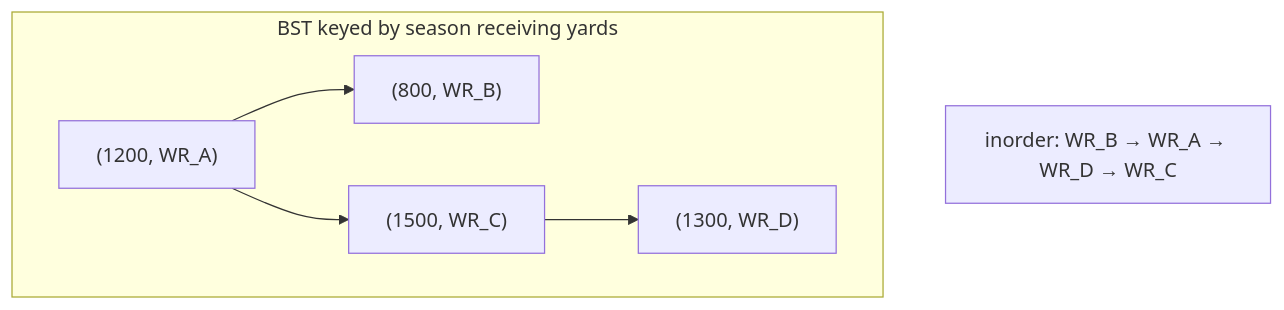
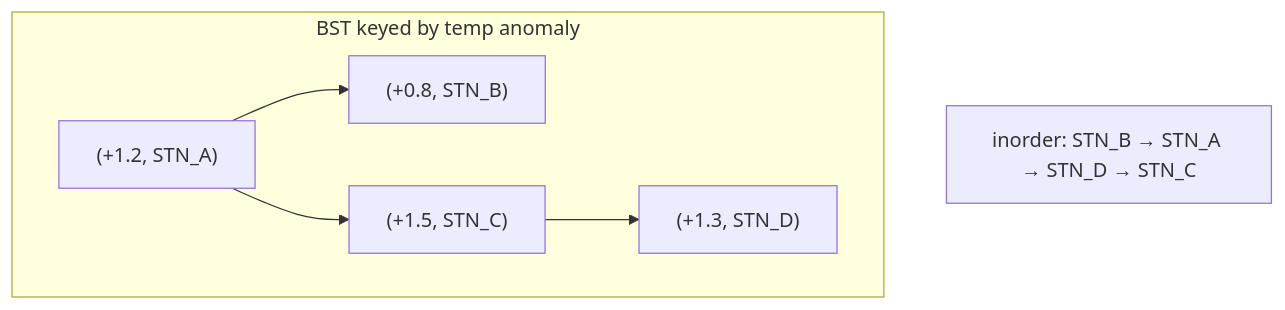
Before and after one commit to qgjones9/python-programming-guide: the first of 7 diagrams in docs/dsa/data-structures/binary-search-tree/index.md, drawn with Mermaid. The commit also changed other lines of this file and 29 other files, not shown here.

````diff
--- a/docs/dsa/data-structures/binary-search-tree/index.md
+++ b/docs/dsa/data-structures/binary-search-tree/index.md
@@ -33,13 +33,13 @@
 ```mermaid
 flowchart TB
-  subgraph bst["BST keyed by season receiving yards"]
-    R["(1200, WR_A)"]
-    L["(800, WR_B)"]
-    RR["(1500, WR_C)"]
-    RL["(1300, WR_D)"]
+  subgraph bst["BST keyed by temp anomaly"]
+    R["(+1.2, STN_A)"]
+    L["(+0.8, STN_B)"]
+    RR["(+1.5, STN_C)"]
+    RL["(+1.3, STN_D)"]
     R --> L
     R --> RR
     RR --> RL
   end
-  note["inorder: WR_B → WR_A → WR_D → WR_C"]
+  note["inorder: STN_B → STN_A → STN_D → STN_C"]
 ```
````
